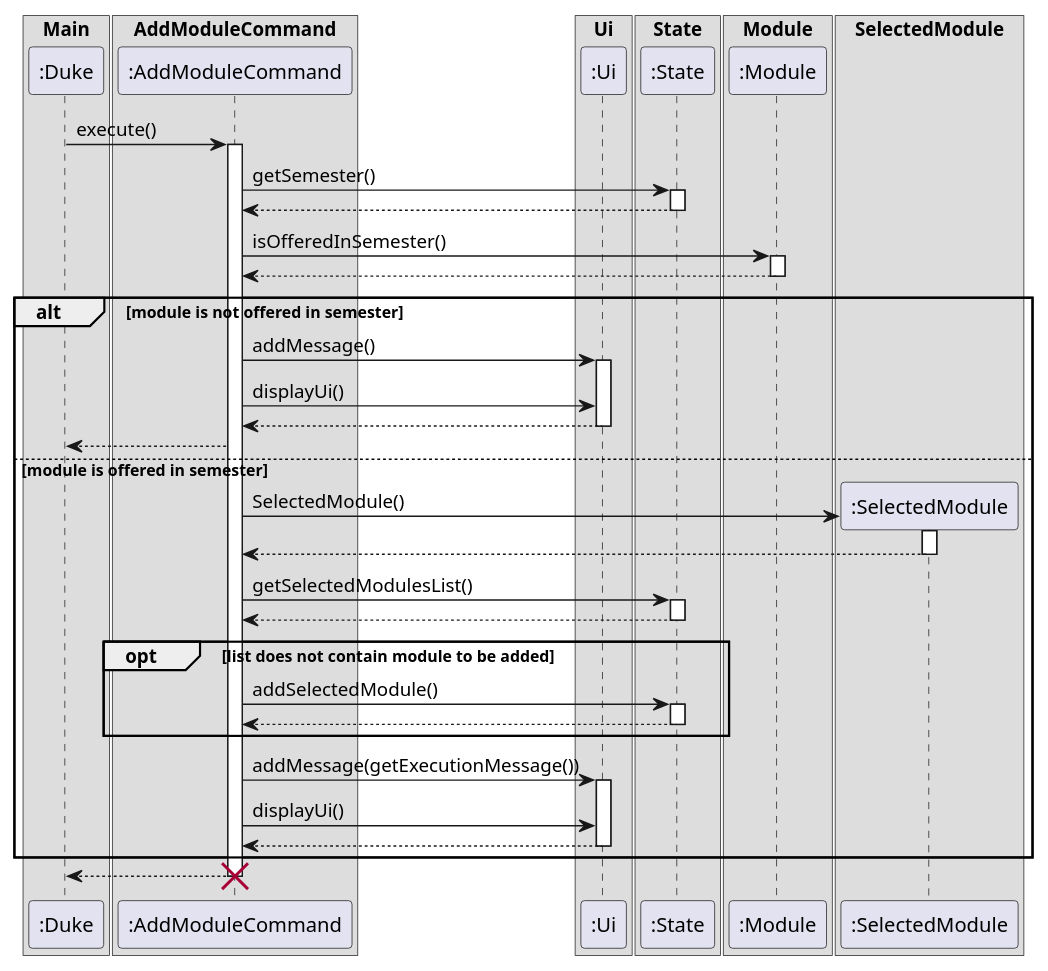
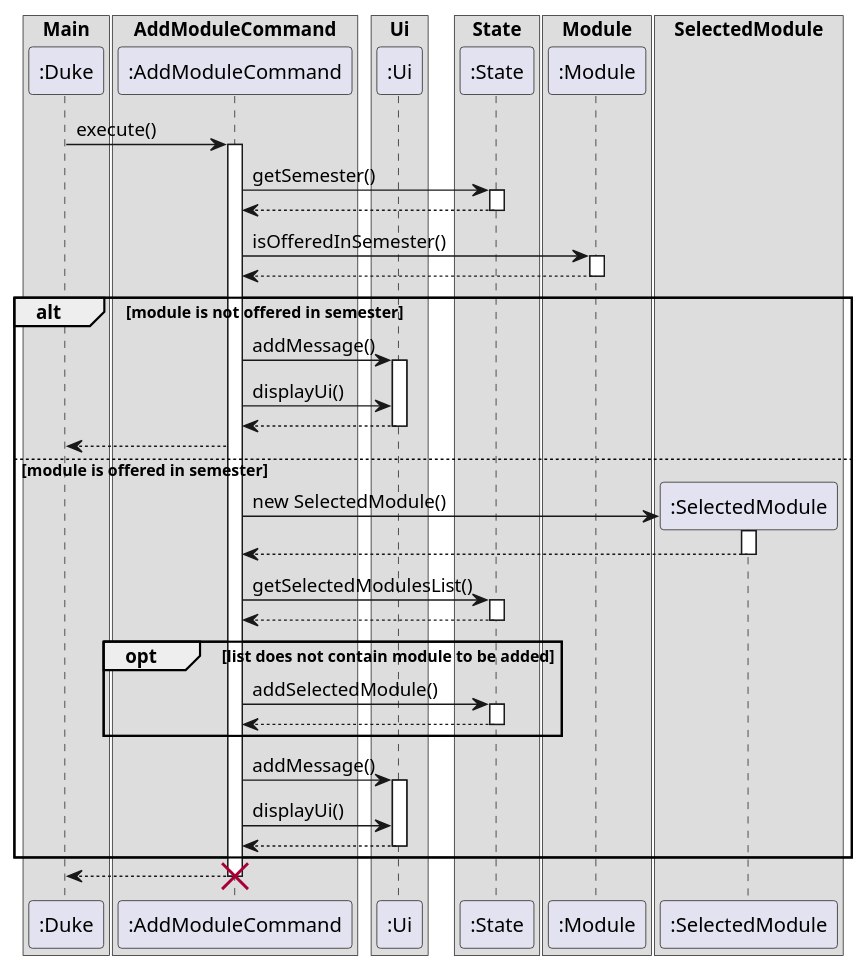
Before and after one commit to nus-cs2113-AY2223S1/tp: the diagram in docs/UMLdiagrams/AddModuleCommandSequenceDiagram.puml, drawn with PlantUML. The commit also changed 1 other file, not shown here.

Commit message:
edited diagram

```diff
--- a/docs/UMLdiagrams/AddModuleCommandSequenceDiagram.puml
+++ b/docs/UMLdiagrams/AddModuleCommandSequenceDiagram.puml
@@ -1,69 +1,69 @@
 @startuml
 box Main
 Participant ":Duke" as Duke
 end box
 box AddModuleCommand
 Participant ":AddModuleCommand" as AddModuleCommand
 end box
 box Ui
 Participant ":Ui" as Ui
 end box
 box State
 Participant ":State" as State
 end box
 box Module
 Participant ":Module" as Module
 end box
 box SelectedModule
 Participant ":SelectedModule" as SelectedModule
 end box
 
 Duke -> AddModuleCommand : execute()
 activate AddModuleCommand
 AddModuleCommand -> State : getSemester()
 activate State
 State --> AddModuleCommand
 deactivate State
 AddModuleCommand -> Module :isOfferedInSemester()
 activate Module
 Module --> AddModuleCommand
 deactivate Module
 
 
 alt module is not offered in semester
 AddModuleCommand -> Ui: addMessage()
 activate Ui
 AddModuleCommand -> Ui: displayUi()
 Ui --> AddModuleCommand
 deactivate Ui
 AddModuleCommand --> Duke
 
 else module is offered in semester
 create SelectedModule
-AddModuleCommand -> SelectedModule : SelectedModule()
+AddModuleCommand -> SelectedModule : new SelectedModule()
 activate SelectedModule
 SelectedModule --> AddModuleCommand
 deactivate SelectedModule
 AddModuleCommand -> State : getSelectedModulesList()
 activate State
 State --> AddModuleCommand
 deactivate State
 
 opt list does not contain module to be added
 AddModuleCommand -> State : addSelectedModule()
 activate State
 State --> AddModuleCommand
 deactivate State
 end
 
-AddModuleCommand -> Ui :addMessage(getExecutionMessage())
+AddModuleCommand -> Ui :addMessage()
 activate Ui
 AddModuleCommand -> Ui :displayUi()
 Ui --> AddModuleCommand :
 deactivate Ui
 end
 
 AddModuleCommand --> Duke
 destroy AddModuleCommand
 
 @enduml
```
